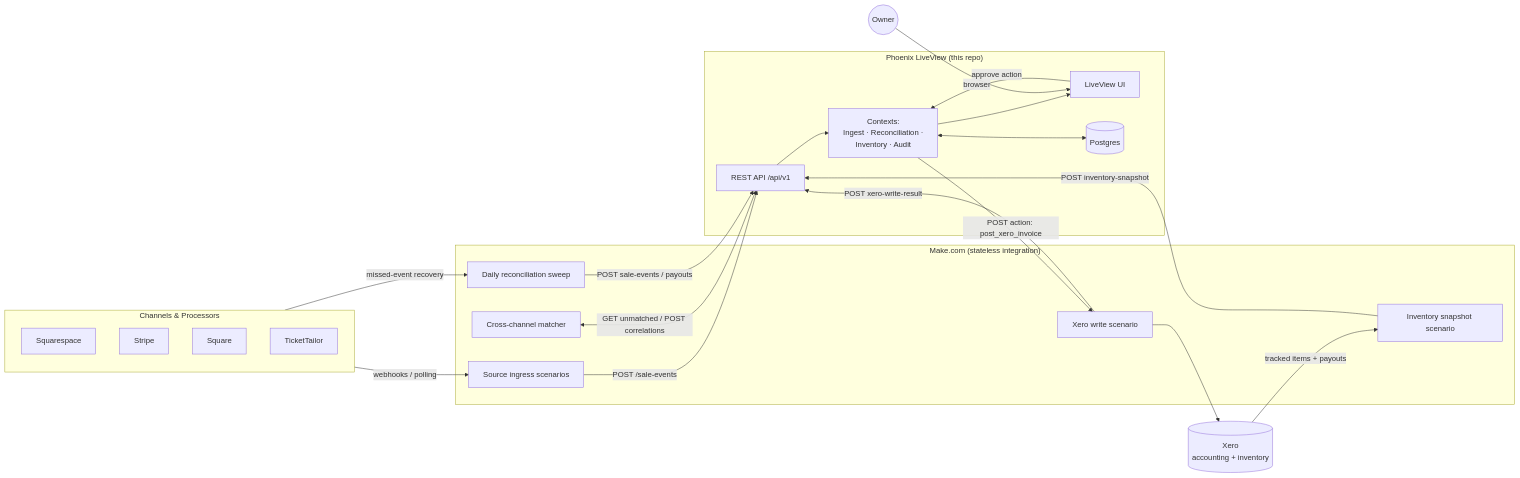
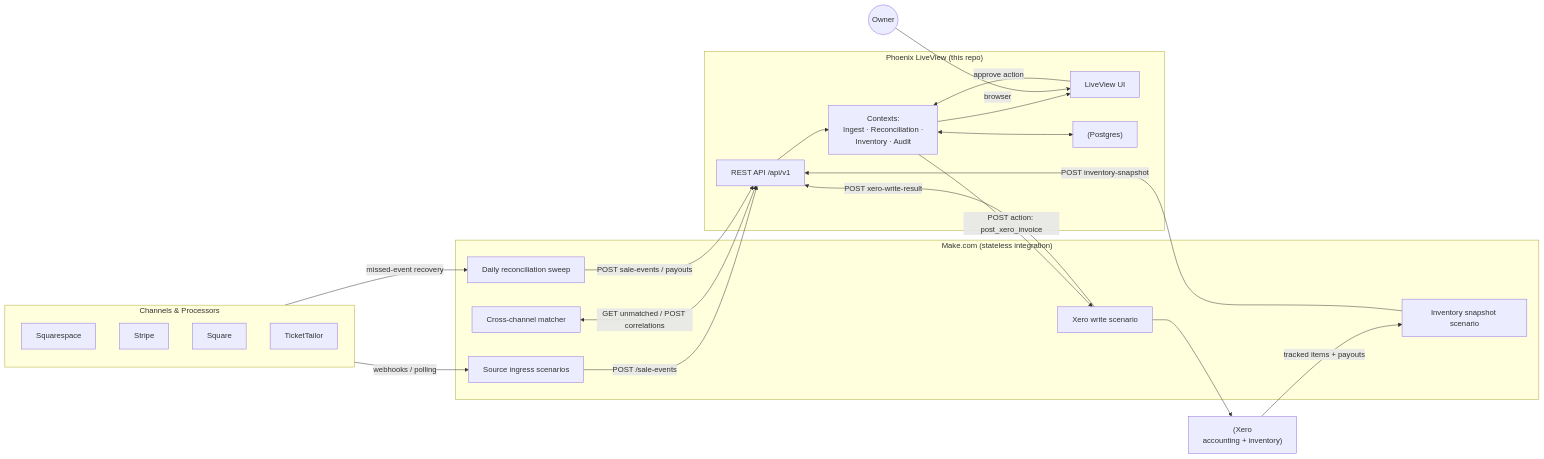
Before and after one commit to fkhawajagh/lbkmk: the first of 12 diagrams in docs/solution-proposal.md, drawn with Mermaid. The commit also changed other lines of this file and 10 other files, not shown here.

First line of the commit message:
feat(docs): switch to build-time Mermaid SVG, Tokyo Night palette, click-to-zoom

````diff
--- a/docs/solution-proposal.md
+++ b/docs/solution-proposal.md
@@ -40,43 +40,43 @@
 ```mermaid
 flowchart LR
     subgraph Sources["Channels & Processors"]
         SQS[Squarespace]
         STR[Stripe]
         SQR[Square]
         TT[TicketTailor]
     end
 
     subgraph Make["Make.com (stateless integration)"]
         SCN1[Source ingress scenarios]
         SCN2[Cross-channel matcher]
         SCN3[Xero write scenario]
         SCN4[Inventory snapshot scenario]
         SCN5[Daily reconciliation sweep]
     end
 
     subgraph Phoenix["Phoenix LiveView (this repo)"]
-        API[REST API /api/v1]
+        API["REST API /api/v1"]
         CTX["Contexts:<br/>Ingest · Reconciliation ·<br/>Inventory · Audit"]
         LV[LiveView UI]
-        DB[(Postgres)]
+        DB["(Postgres)"]
     end
 
-    Xero[(Xero<br/>accounting + inventory)]
+    Xero["(Xero<br/>accounting + inventory)"]
     Owner((Owner))
 
     Sources -- webhooks / polling --> SCN1
     SCN1 -- "POST /sale-events" --> API
     SCN2 <-- "GET unmatched / POST correlations" --> API
     Xero -- "tracked items + payouts" --> SCN4
     SCN4 -- "POST inventory-snapshot" --> API
     Sources -- "missed-event recovery" --> SCN5
     SCN5 -- "POST sale-events / payouts" --> API
     API --> CTX
     CTX <--> DB
     CTX --> LV
     Owner -- "browser" --> LV
     LV -- "approve action" --> CTX
     CTX -- "POST action: post_xero_invoice" --> SCN3
     SCN3 --> Xero
     SCN3 -- "POST xero-write-result" --> API
 ```
````
